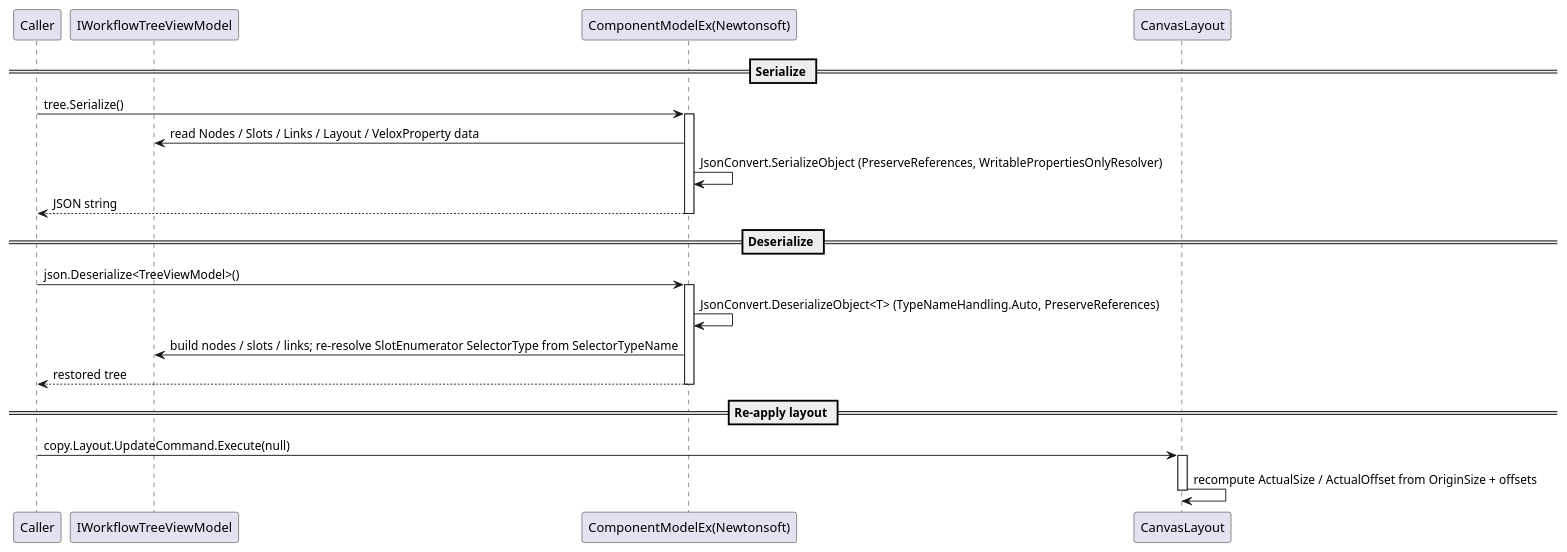
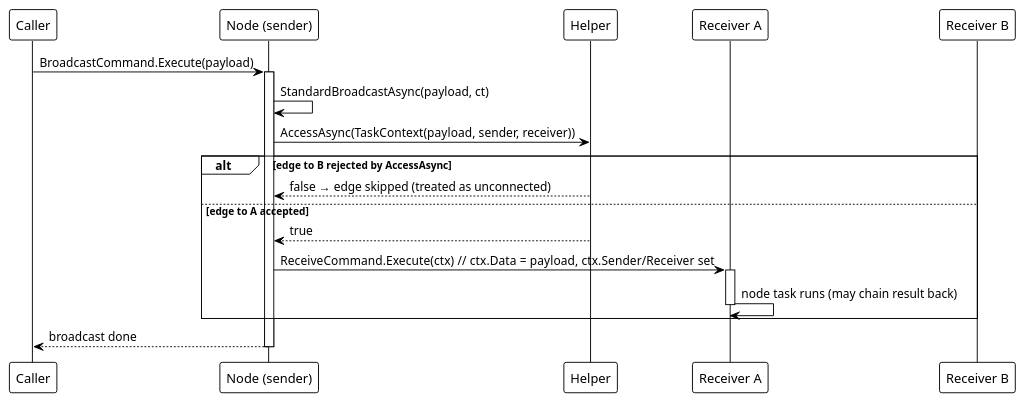
The fifth of 5 diagrams in src/CloudGlyph/Assets/Docs/content/en/3_SE_Analysis/03_data-flow/00_workflow-system/index.md (Axvser/VeloxDev.Docs), drawn with PlantUML before and after one commit. The commit also changed other lines of this file and 443 other files, not shown here.

````diff
--- a/src/CloudGlyph/Assets/Docs/content/en/3_SE_Analysis/03_data-flow/00_workflow-system/index.md
+++ b/src/CloudGlyph/Assets/Docs/content/en/3_SE_Analysis/03_data-flow/00_workflow-system/index.md
@@ -219,30 +216,26 @@
 ```plantuml
 @startuml
-    participant Caller
-participant "IWorkflowTreeViewModel" as Tree
-participant "ComponentModelEx(Newtonsoft)" as Serializer
-participant "CanvasLayout" as Layout
+!theme plain
+participant Caller
+participant "Node (sender)" as Sender
+participant "Helper" as Helper
+participant "Receiver A" as RecvA
+participant "Receiver B" as RecvB
 
-    == Serialize ==
-    Caller -> Serializer: tree.Serialize()
-    activate Serializer
-    Serializer -> Tree: read Nodes / Slots / Links / Layout / VeloxProperty data
-    Serializer -> Serializer: JsonConvert.SerializeObject (PreserveReferences, WritablePropertiesOnlyResolver)
-    Serializer --> Caller: JSON string
-    deactivate Serializer
-
-    == Deserialize ==
-    Caller -> Serializer: json.Deserialize<TreeViewModel>()
-    activate Serializer
-    Serializer -> Serializer: JsonConvert.DeserializeObject<T> (TypeNameHandling.Auto, PreserveReferences)
-    Serializer -> Tree: build nodes / slots / links; re-resolve SlotEnumerator SelectorType from SelectorTypeName
-    Serializer --> Caller: restored tree
-    deactivate Serializer
-
-    == Re-apply layout ==
-    Caller -> Layout: copy.Layout.UpdateCommand.Execute(null)
-    activate Layout
-    Layout -> Layout: recompute ActualSize / ActualOffset from OriginSize + offsets
-    deactivate Layout
+Caller -> Sender: BroadcastCommand.Execute(payload)
+activate Sender
+Sender -> Sender: StandardBroadcastAsync(payload, ct)
+Sender -> Helper: AccessAsync(TaskContext(payload, sender, receiver))
+alt edge to B rejected by AccessAsync
+    Helper --> Sender: false → edge skipped (treated as unconnected)
+else edge to A accepted
+    Helper --> Sender: true
+    Sender -> RecvA: ReceiveCommand.Execute(ctx)   // ctx.Data = payload, ctx.Sender/Receiver set
+    activate RecvA
+    RecvA -> RecvA: node task runs (may chain result back)
+    deactivate RecvA
+end
+Sender --> Caller: broadcast done
+deactivate Sender
 @enduml
 ```
````
